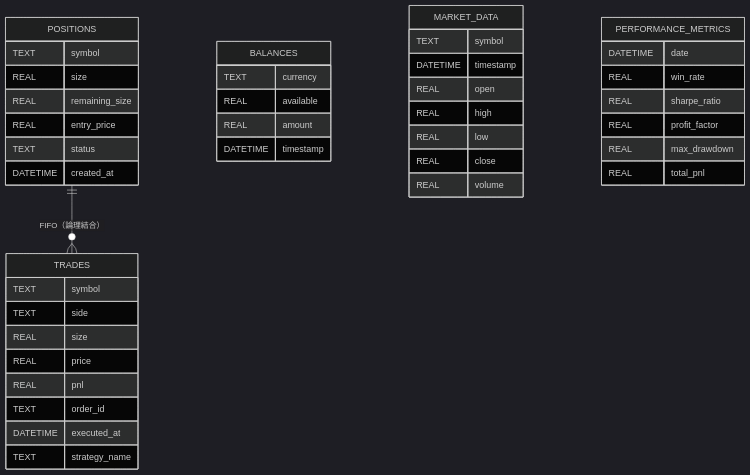
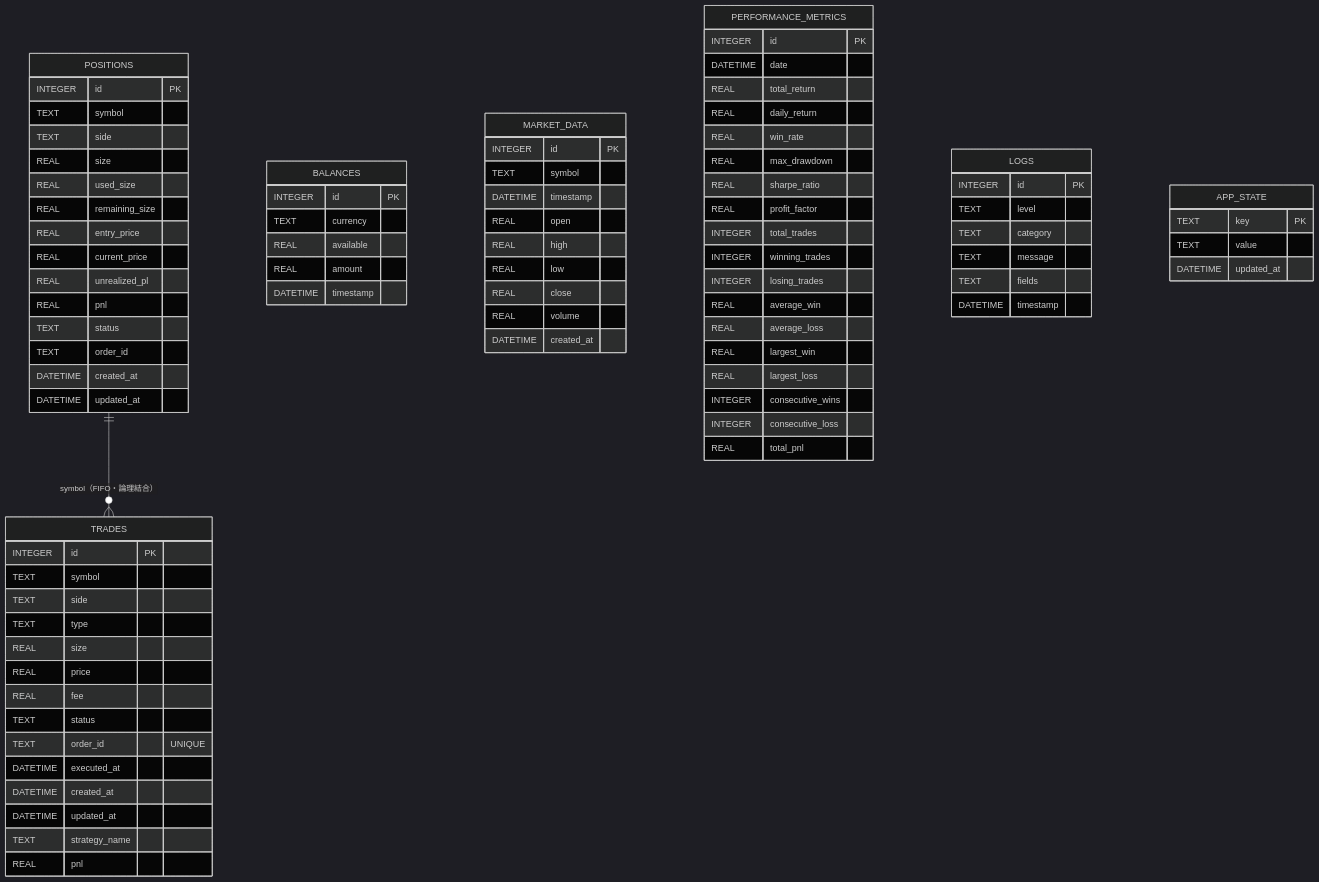
Diagram 12 of 12 in content/ja/posts/introducing-gogocoin.md (bmf-san/bmf-tech), drawn with Mermaid (dark theme) before and after one commit. The commit also changed other lines of this file and 1 other file, not shown here.

Commit message:
feat: C4図・完全ユースケース図・全シーケンス図・完全ER図を追加 (en+ja)

````diff
--- a/content/ja/posts/introducing-gogocoin.md
+++ b/content/ja/posts/introducing-gogocoin.md
@@ -288,45 +573,94 @@
 ```mermaid
 erDiagram
     TRADES {
-        TEXT symbol
-        TEXT side
-        REAL size
-        REAL price
-        REAL pnl
-        TEXT order_id
+        INTEGER id PK
+        TEXT    symbol
+        TEXT    side
+        TEXT    type
+        REAL    size
+        REAL    price
+        REAL    fee
+        TEXT    status
+        TEXT    order_id "UNIQUE"
         DATETIME executed_at
-        TEXT strategy_name
+        DATETIME created_at
+        DATETIME updated_at
+        TEXT    strategy_name
+        REAL    pnl
     }
+
     POSITIONS {
-        TEXT symbol
-        REAL size
-        REAL remaining_size
-        REAL entry_price
-        TEXT status
+        INTEGER id PK
+        TEXT    symbol
+        TEXT    side
+        REAL    size
+        REAL    used_size
+        REAL    remaining_size
+        REAL    entry_price
+        REAL    current_price
+        REAL    unrealized_pl
+        REAL    pnl
+        TEXT    status
+        TEXT    order_id
+        DATETIME created_at
+        DATETIME updated_at
+    }
+
+    BALANCES {
+        INTEGER  id PK
+        TEXT     currency
+        REAL     available
+        REAL     amount
+        DATETIME timestamp
+    }
+
+    MARKET_DATA {
+        INTEGER  id PK
+        TEXT     symbol
+        DATETIME timestamp
+        REAL     open
+        REAL     high
+        REAL     low
+        REAL     close
+        REAL     volume
         DATETIME created_at
     }
-    BALANCES {
-        TEXT currency
-        REAL available
-        REAL amount
+
+    PERFORMANCE_METRICS {
+        INTEGER  id PK
+        DATETIME date
+        REAL     total_return
+        REAL     daily_return
+        REAL     win_rate
+        REAL     max_drawdown
+        REAL     sharpe_ratio
+        REAL     profit_factor
+        INTEGER  total_trades
+        INTEGER  winning_trades
+        INTEGER  losing_trades
+        REAL     average_win
+        REAL     average_loss
+        REAL     largest_win
+        REAL     largest_loss
+        INTEGER  consecutive_wins
+        INTEGER  consecutive_loss
+        REAL     total_pnl
+    }
+
+    LOGS {
+        INTEGER  id PK
+        TEXT     level
+        TEXT     category
+        TEXT     message
+        TEXT     fields
         DATETIME timestamp
     }
-    MARKET_DATA {
-        TEXT symbol
-        DATETIME timestamp
-        REAL open
-        REAL high
-        REAL low
-        REAL close
-        REAL volume
+
+    APP_STATE {
+        TEXT     key PK
+        TEXT     value
+        DATETIME updated_at
     }
-    PERFORMANCE_METRICS {
-        DATETIME date
-        REAL win_rate
-        REAL sharpe_ratio
-        REAL profit_factor
-        REAL max_drawdown
-        REAL total_pnl
-    }
-    POSITIONS ||--o{ TRADES : "FIFO（論理結合）"
+
+    POSITIONS ||--o{ TRADES : "symbol（FIFO・論理結合）"
 ```
````
